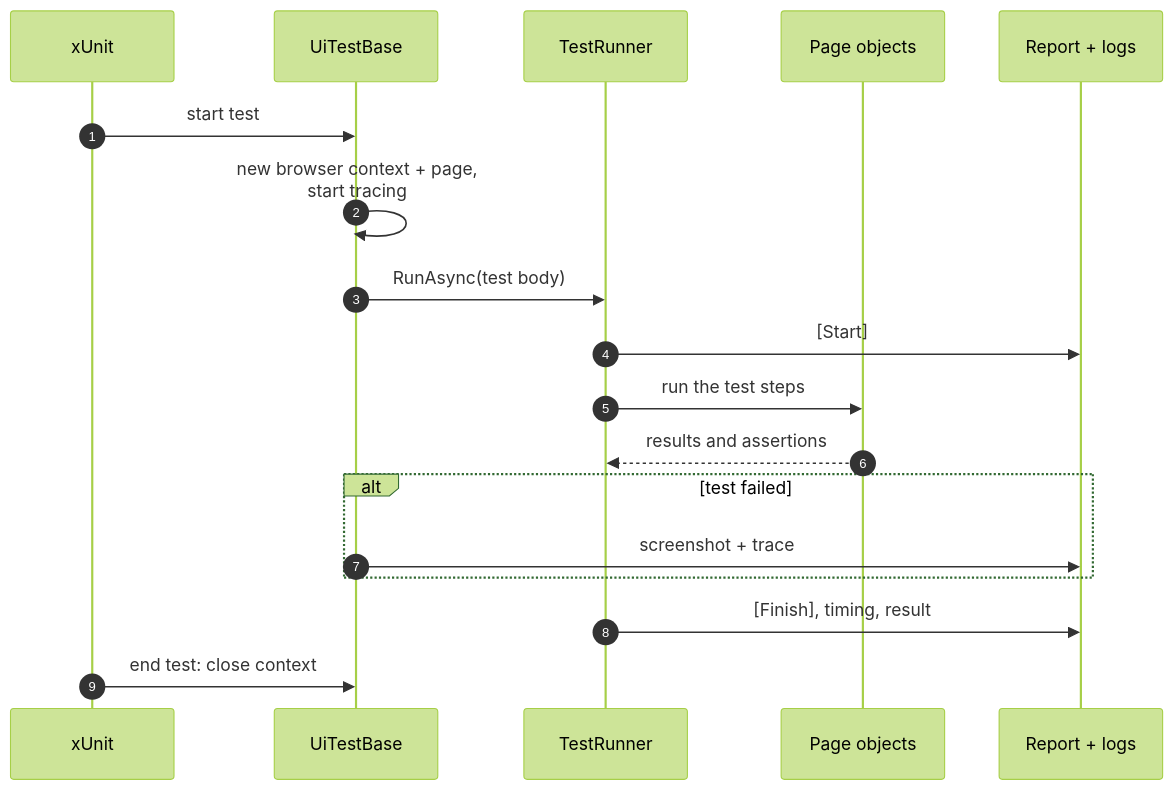
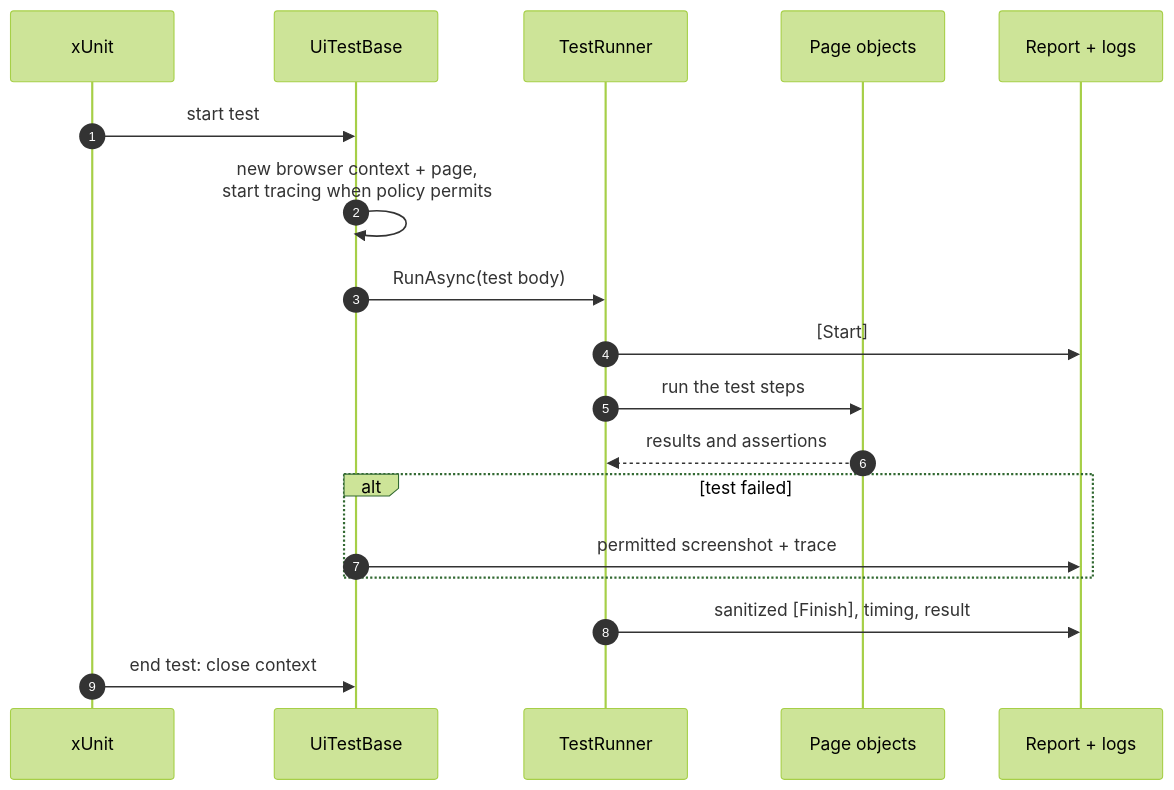
Before and after one commit to ravs788/complete-test-automation-fmw: the second of 6 diagrams in docs/DIAGRAMS.md, drawn with Mermaid (forest theme). The commit also changed other lines of this file and 36 other files, not shown here.

````diff
--- a/docs/DIAGRAMS.md
+++ b/docs/DIAGRAMS.md
@@ -58,21 +58,21 @@
 ```mermaid
 sequenceDiagram
     autonumber
     participant X as xUnit
     participant B as UiTestBase
     participant R as TestRunner
     participant P as Page objects
     participant O as Report + logs
 
     X->>B: start test
-    B->>B: new browser context + page,<br/>start tracing
+    B->>B: new browser context + page,<br/>start tracing when policy permits
     B->>R: RunAsync(test body)
     R->>O: [Start]
     R->>P: run the test steps
     P-->>R: results and assertions
     alt test failed
-        B->>O: screenshot + trace
+        B->>O: permitted screenshot + trace
     end
-    R->>O: [Finish], timing, result
+    R->>O: sanitized [Finish], timing, result
     X->>B: end test: close context
 ```
````
